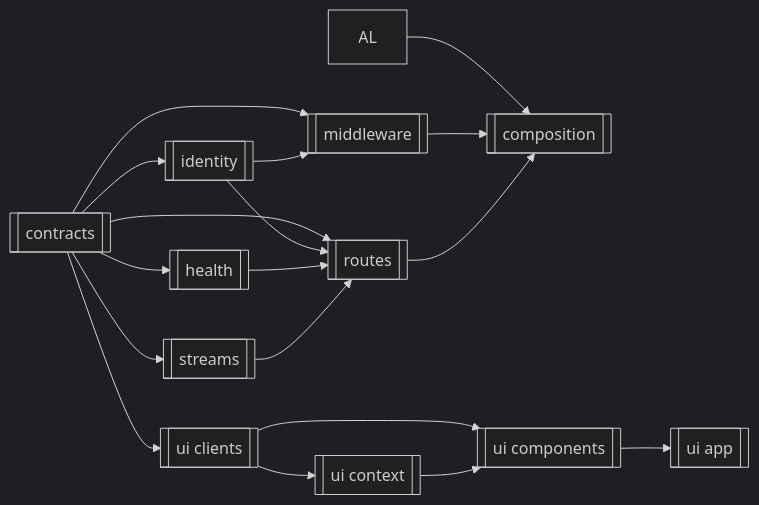
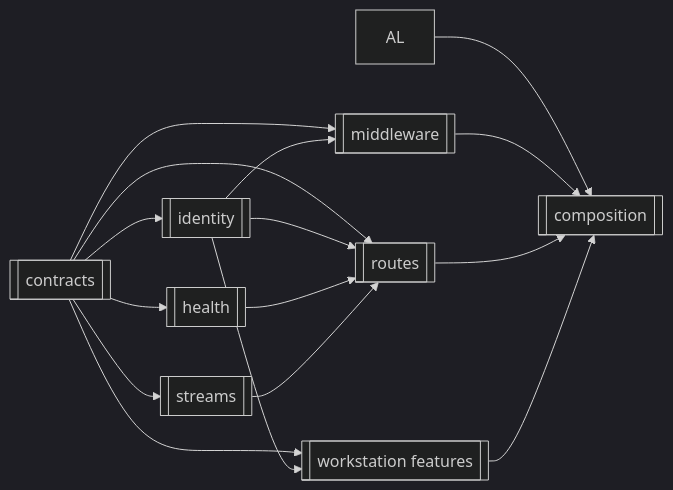
One commit to haruperi/HaruQuantAI changed the second of 4 diagrams in app/services/api/README.md. Above: the diagram before and after it, drawn with Mermaid (dark theme). The commit also changed other lines of this file and 307 other files, not shown here.

````diff
--- a/app/services/api/README.md
+++ b/app/services/api/README.md
@@ -458,20 +335,18 @@
 ```mermaid
 flowchart LR
     C[[contracts]] --> I[[identity]]
     C --> M[[middleware]]
     C --> H[[health]]
     C --> S[[streams]]
     I --> M
     C --> R[[routes]]
+    C --> W[[workstation features]]
     I --> R
+    I --> W
     H --> R
     S --> R
     AL --> A[[composition]]
     M --> A[[composition]]
     R --> A
-    C --> FC[[ui clients]]
-    FC --> CX[[ui context]]
-    FC --> CP[[ui components]]
-    CX --> CP
-    CP --> P[[ui app]]
+    W --> A
 ```
````
